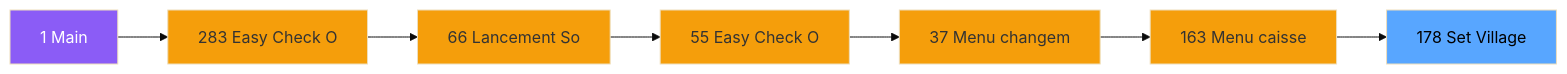
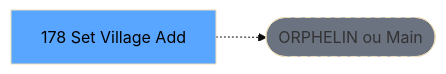
One commit to thonyAGP/lecteur-magic changed the second of 3 diagrams in .openspec/specs/ADH-IDE-178.md. Above: the diagram before and after it, drawn with Mermaid (base theme). The commit also changed other lines of this file and 701 other files, not shown here.

````diff
--- a/.openspec/specs/ADH-IDE-178.md
+++ b/.openspec/specs/ADH-IDE-178.md
@@ -114,23 +117,8 @@
 ```mermaid
 graph LR
-    M[1 Main]
-    N283[283 Easy Check O]
-    N66[66 Lancement So]
-    N55[55 Easy Check O]
-    N37[37 Menu changem]
-    N163[163 Menu caisse ]
-    T[178 Set Village ]
-    M --> N283
-    N283 --> N66
-    N66 --> N55
-    N55 --> N37
-    N37 --> N163
-    N163 --> T
-    style M fill:#8b5cf6,color:#fff
-    style N283 fill:#f59e0b
-    style N66 fill:#f59e0b
-    style N55 fill:#f59e0b
-    style N37 fill:#f59e0b
-    style N163 fill:#f59e0b
+    T[178 Set Village Add]
+    ORPHAN([ORPHELIN ou Main])
+    T -.-> ORPHAN
     style T fill:#58a6ff,color:#000
+    style ORPHAN fill:#6b7280,stroke-dasharray: 5 5
 ```
````
